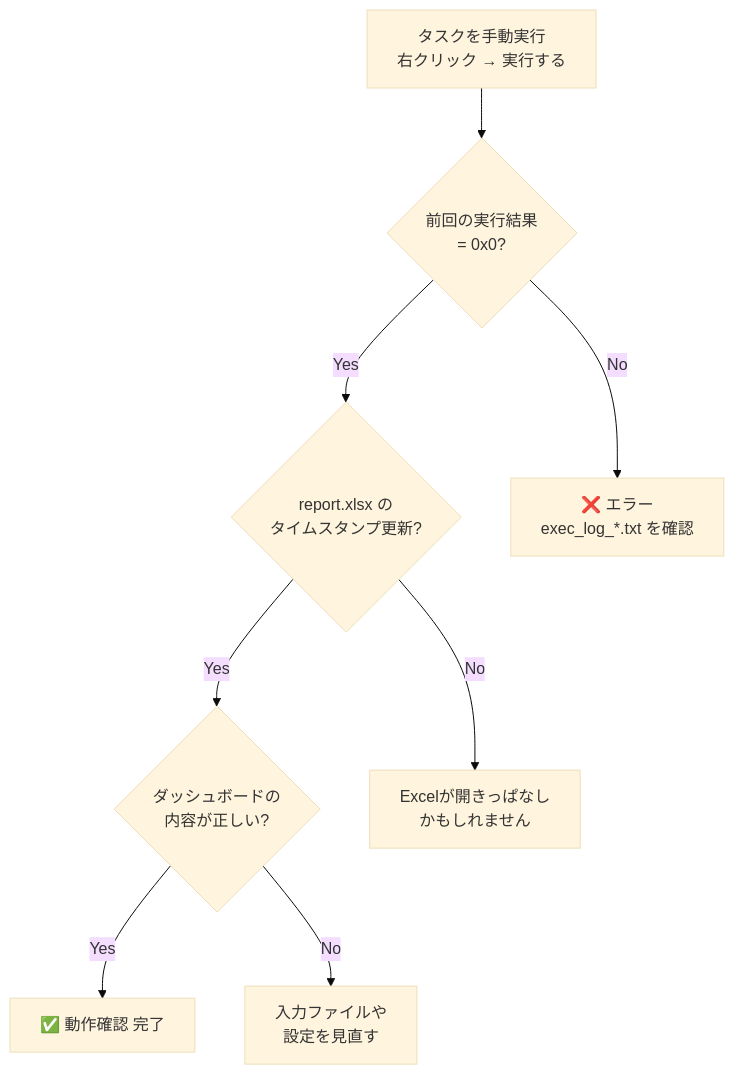
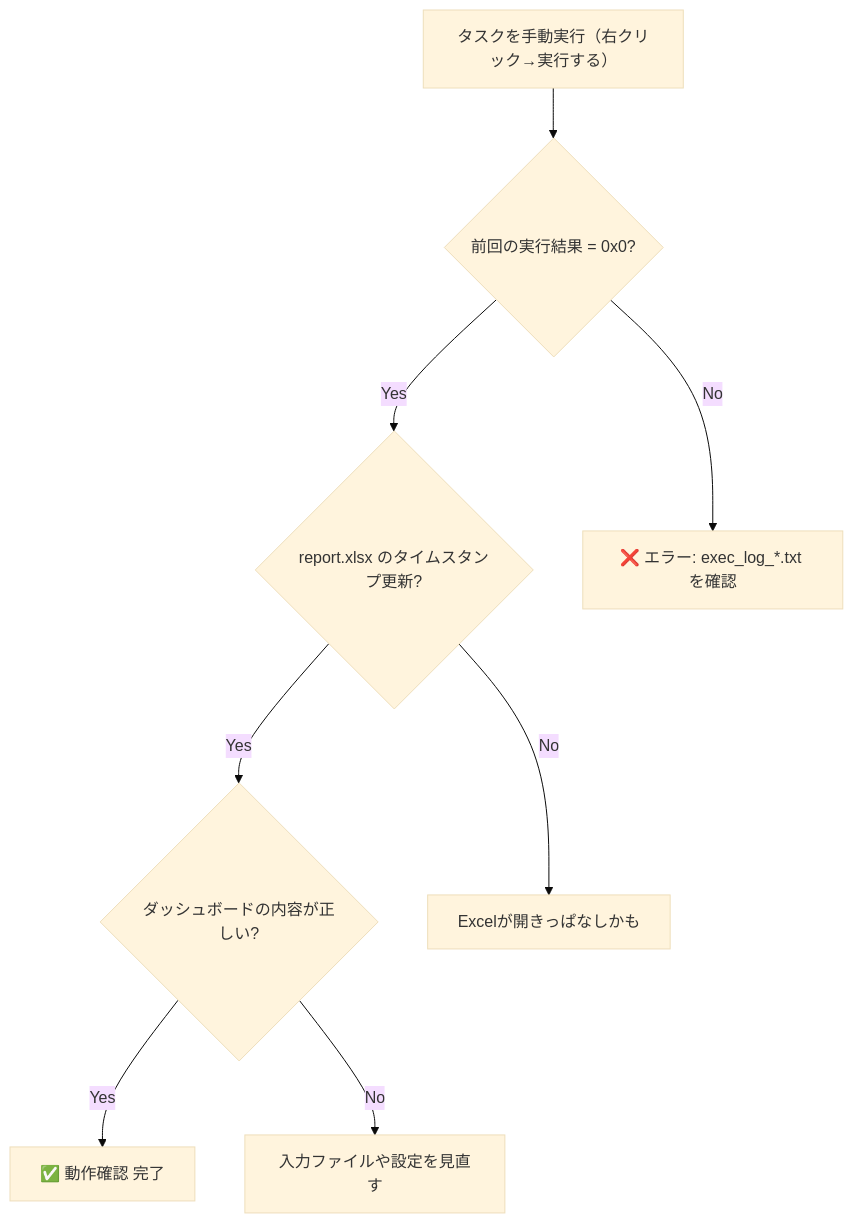
Before and after one commit to makio-dev/test-progress-collector: the third of 3 diagrams in docs/定期実行設定ガイド.md, drawn with Mermaid (base theme). The commit also changed other lines of this file and 2 other files, not shown here.

First line of the commit message:
ドキュメント修正: Mermaid内の \n を除去

````diff
--- a/docs/定期実行設定ガイド.md
+++ b/docs/定期実行設定ガイド.md
@@ -289,10 +289,10 @@
 ```mermaid
 flowchart TD
-    RUN["タスクを手動実行\n右クリック → 実行する"] --> C1{"前回の実行結果\n= 0x0?"}
-    C1 -- Yes --> C2{"report.xlsx の\nタイムスタンプ更新?"}
-    C1 -- No --> ERR["❌ エラー\nexec_log_*.txt を確認"]
-    C2 -- Yes --> C3{"ダッシュボードの\n内容が正しい?"}
-    C2 -- No --> OPEN["Excelが開きっぱなし\nかもしれません"]
+    RUN["タスクを手動実行（右クリック→実行する）"] --> C1{"前回の実行結果 = 0x0?"}
+    C1 -- Yes --> C2{"report.xlsx のタイムスタンプ更新?"}
+    C1 -- No --> ERR["❌ エラー: exec_log_*.txt を確認"]
+    C2 -- Yes --> C3{"ダッシュボードの内容が正しい?"}
+    C2 -- No --> OPEN["Excelが開きっぱなしかも"]
     C3 -- Yes --> OK["✅ 動作確認 完了"]
-    C3 -- No --> CHECK["入力ファイルや\n設定を見直す"]
+    C3 -- No --> CHECK["入力ファイルや設定を見直す"]
 ```
````
